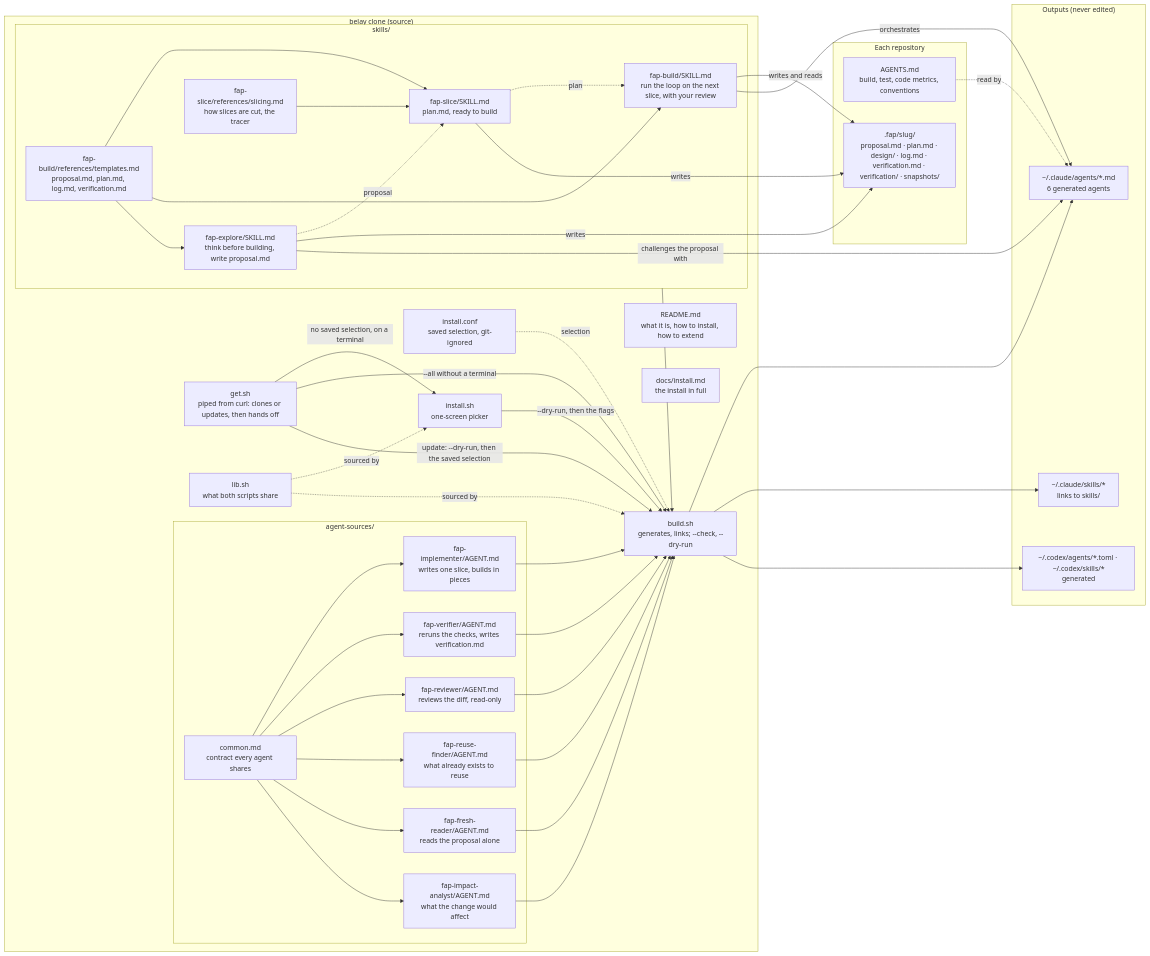
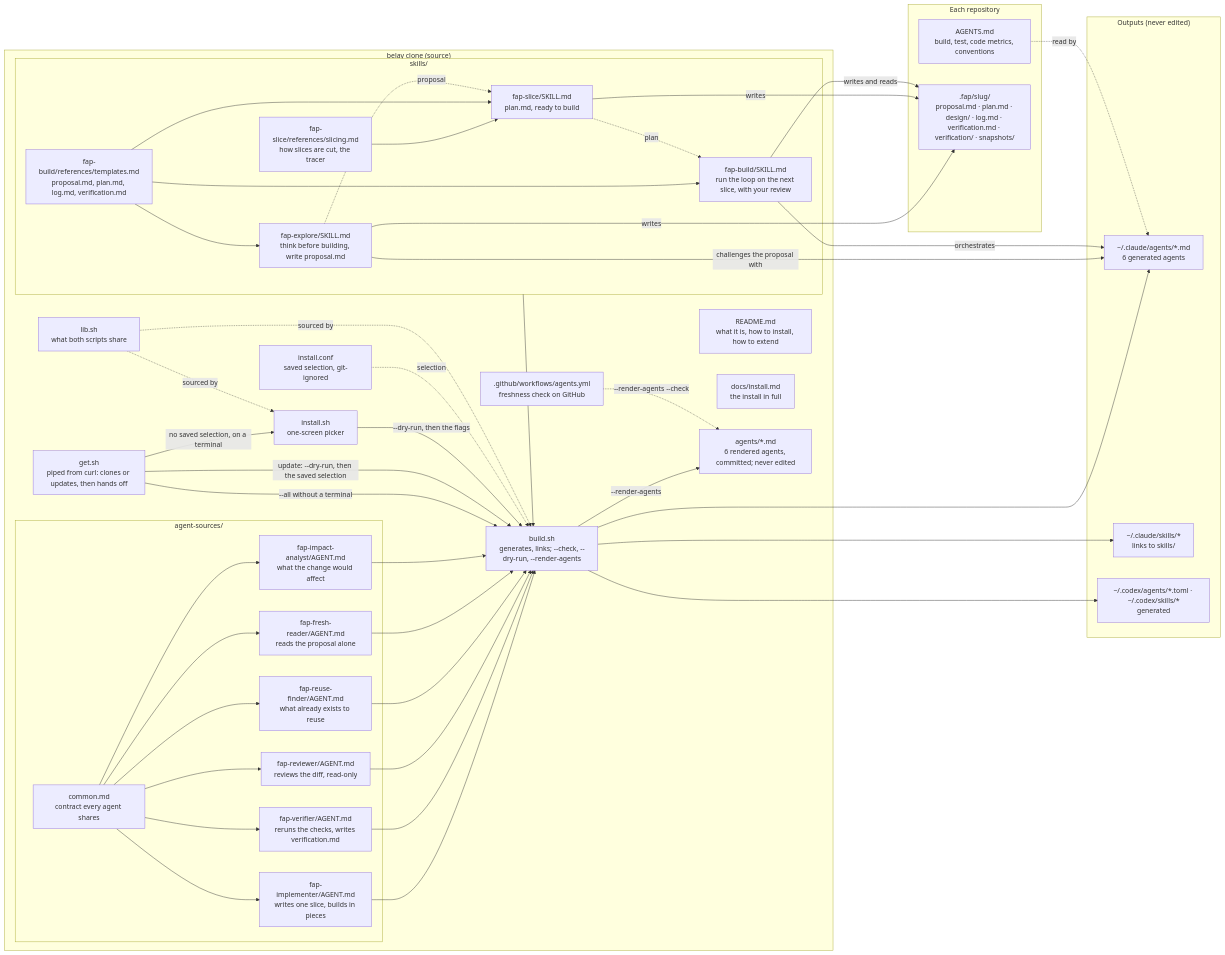
One commit to felipearpa/belay changed the first of 2 diagrams in docs/structure.md. Above: the diagram before and after it, drawn with Mermaid. The commit also changed other lines of this file and 3 other files, not shown here.

````diff
--- a/docs/structure.md
+++ b/docs/structure.md
@@ -5,60 +5,64 @@
 ```mermaid
 flowchart LR
   subgraph SRC["belay clone (source)"]
     README["README.md<br/>what it is, how to install, how to extend"]
     DOCI["docs/install.md<br/>the install in full"]
     GET["get.sh<br/>piped from curl: clones or updates, then hands off"]
     INSTALL["install.sh<br/>one-screen picker"]
-    BUILD["build.sh<br/>generates, links; --check, --dry-run"]
+    BUILD["build.sh<br/>generates, links; --check, --dry-run, --render-agents"]
     LIB["lib.sh<br/>what both scripts share"]
     CONF["install.conf<br/>saved selection, git-ignored"]
+    COMMITTED["agents/*.md<br/>6 rendered agents, committed; never edited"]
+    CI[".github/workflows/agents.yml<br/>freshness check on GitHub"]
     subgraph AG["agent-sources/"]
       COMMON["common.md<br/>contract every agent shares"]
       IMPL["fap-implementer/AGENT.md<br/>writes one slice, builds in pieces"]
       VER["fap-verifier/AGENT.md<br/>reruns the checks, writes verification.md"]
       REV["fap-reviewer/AGENT.md<br/>reviews the diff, read-only"]
       RF["fap-reuse-finder/AGENT.md<br/>what already exists to reuse"]
       FR["fap-fresh-reader/AGENT.md<br/>reads the proposal alone"]
       IA["fap-impact-analyst/AGENT.md<br/>what the change would affect"]
     end
     subgraph SK["skills/"]
       EXPL["fap-explore/SKILL.md<br/>think before building, write proposal.md"]
       PLAN["fap-slice/SKILL.md<br/>plan.md, ready to build"]
       FB["fap-build/SKILL.md<br/>run the loop on the next slice, with your review"]
       SLI["fap-slice/references/slicing.md<br/>how slices are cut, the tracer"]
       TPL["fap-build/references/templates.md<br/>proposal.md, plan.md, log.md, verification.md"]
     end
   end
 
   subgraph OUT["Outputs (never edited)"]
     CA["~/.claude/agents/*.md<br/>6 generated agents"]
     CS["~/.claude/skills/*<br/>links to skills/"]
     CX["~/.codex/agents/*.toml · ~/.codex/skills/*<br/>generated"]
   end
 
   subgraph REPO["Each repository"]
     AGENTS["AGENTS.md<br/>build, test, code metrics, conventions"]
     FAP[".fap/slug/<br/>proposal.md · plan.md · design/ · log.md · verification.md · verification/ · snapshots/"]
   end
 
   COMMON --> IMPL & VER & REV & RF & FR & IA
   IMPL & VER & REV & RF & FR & IA --> BUILD --> CA
+  BUILD -- "--render-agents" --> COMMITTED
+  CI -. "--render-agents --check" .-> COMMITTED
   SK --> BUILD --> CS
   BUILD --> CX
   GET -- "no saved selection, on a terminal" --> INSTALL
   GET -- "--all without a terminal" --> BUILD
   GET -- "update: --dry-run, then the saved selection" --> BUILD
   INSTALL -- "--dry-run, then the flags" --> BUILD
   CONF -. "selection" .-> BUILD
   LIB -. "sourced by" .-> INSTALL & BUILD
   SLI & TPL --> PLAN
   TPL --> FB & EXPL
   PLAN -. "plan" .-> FB
   EXPL -. "proposal" .-> PLAN
   EXPL -- "writes" --> FAP
   EXPL -- "challenges the proposal with" --> CA
   PLAN -- "writes" --> FAP
   FB -- "writes and reads" --> FAP
   FB -- "orchestrates" --> CA
   AGENTS -. "read by" .-> CA
 ```
````
